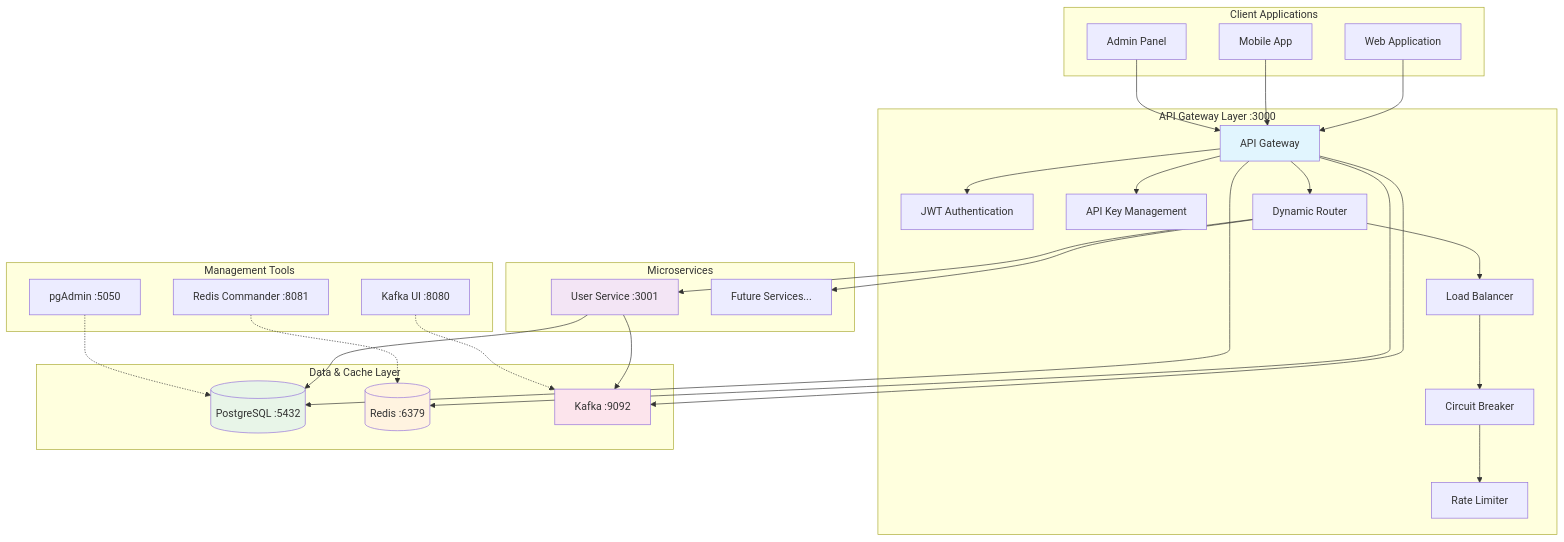
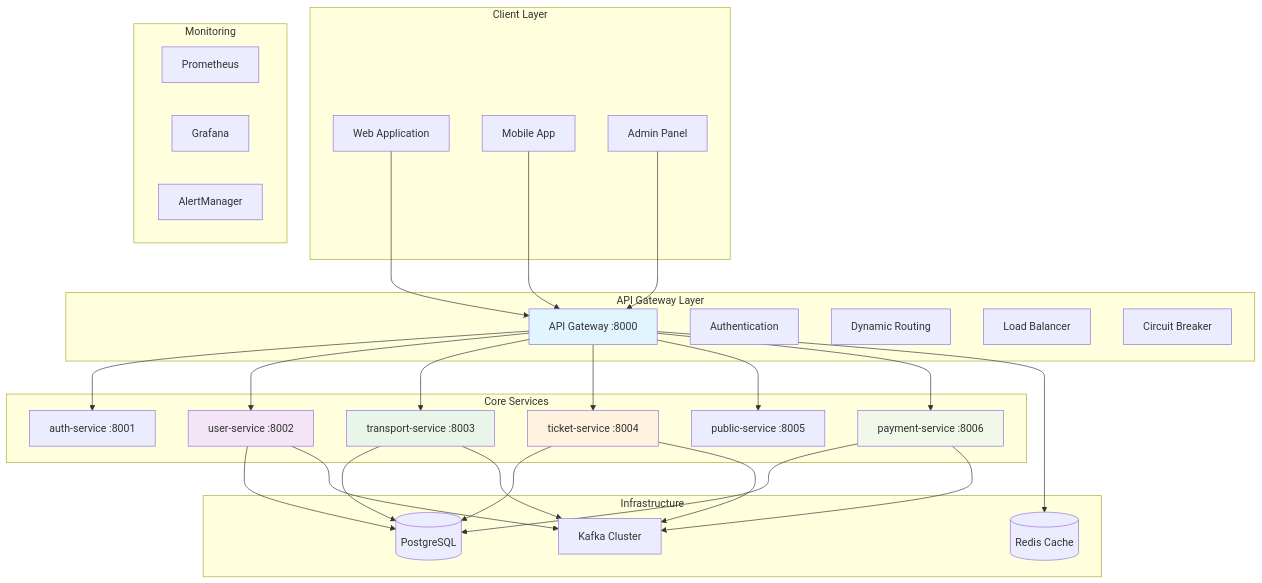
The first of 2 diagrams in README.md (NamPhAm-Work423/Metro-backend), drawn with Mermaid before and after one commit. The commit also changed other lines of this file and 13 other files, not shown here.

````diff
--- a/README.md
+++ b/README.md
@@ -359,66 +7,65 @@
 ```mermaid
 graph TB
-    subgraph "Client Applications"
+    subgraph "Client Layer"
         WEB[Web Application]
         MOBILE[Mobile App]
         ADMIN[Admin Panel]
     end
 
-    subgraph "API Gateway Layer :3000"
-        GATEWAY[API Gateway]
-        AUTH[JWT Authentication]
-        APIKEY[API Key Management]
-        ROUTER[Dynamic Router]
+    subgraph "API Gateway Layer"
+        GATEWAY[API Gateway :8000]
+        AUTH[Authentication]
+        ROUTER[Dynamic Routing]
         LB[Load Balancer]
         CB[Circuit Breaker]
-        RATE[Rate Limiter]
     end
 
-    subgraph "Microservices"
-        USER[User Service :3001]
-        FUTURE[Future Services...]
+    subgraph "Core Services"
+        AUTH_SVC[auth-service :8001]
+        USER[user-service :8002]
+        TRANSPORT[transport-service :8003]
+        TICKET[ticket-service :8004]
+        PUBLIC[public-service :8005]
+        PAYMENT[payment-service :8006]
     end
 
-    subgraph "Data & Cache Layer"
-        POSTGRES[(PostgreSQL :5432)]
-        REDIS[(Redis :6379)]
-        KAFKA[Kafka :9092]
+    subgraph "Infrastructure"
+        POSTGRES[(PostgreSQL)]
+        REDIS[(Redis Cache)]
+        KAFKA[Kafka Cluster]
     end
 
-    subgraph "Management Tools"
-        PGADMIN[pgAdmin :5050]
-        REDISUI[Redis Commander :8081]
-        KAFKAUI[Kafka UI :8080]
+    subgraph "Monitoring"
+        PROMETHEUS[Prometheus]
+        GRAFANA[Grafana]
+        ALERTMANAGER[AlertManager]
     end
 
     WEB --> GATEWAY
     MOBILE --> GATEWAY
     ADMIN --> GATEWAY
 
-    GATEWAY --> AUTH
-    GATEWAY --> APIKEY
-    GATEWAY --> ROUTER
-    ROUTER --> LB
-    LB --> CB
-    CB --> RATE
-
-    ROUTER --> USER
-    ROUTER --> FUTURE
-
-    GATEWAY --> POSTGRES
-    GATEWAY --> REDIS
-    GATEWAY --> KAFKA
+    GATEWAY --> AUTH_SVC
+    GATEWAY --> USER
+    GATEWAY --> TRANSPORT
+    GATEWAY --> TICKET
+    GATEWAY --> PUBLIC
+    GATEWAY --> PAYMENT
 
     USER --> POSTGRES
+    TRANSPORT --> POSTGRES
+    TICKET --> POSTGRES
+    PAYMENT --> POSTGRES
+
+    GATEWAY --> REDIS
     USER --> KAFKA
-
-    PGADMIN -.-> POSTGRES
-    REDISUI -.-> REDIS
-    KAFKAUI -.-> KAFKA
+    TRANSPORT --> KAFKA
+    TICKET --> KAFKA
+    PAYMENT --> KAFKA
 
     style GATEWAY fill:#e1f5fe
     style USER fill:#f3e5f5
-    style POSTGRES fill:#e8f5e8
-    style REDIS fill:#fff3e0
-    style KAFKA fill:#fce4ec
+    style TRANSPORT fill:#e8f5e8
+    style TICKET fill:#fff3e0
+    style PAYMENT fill:#f1f8e9
 ```
````
